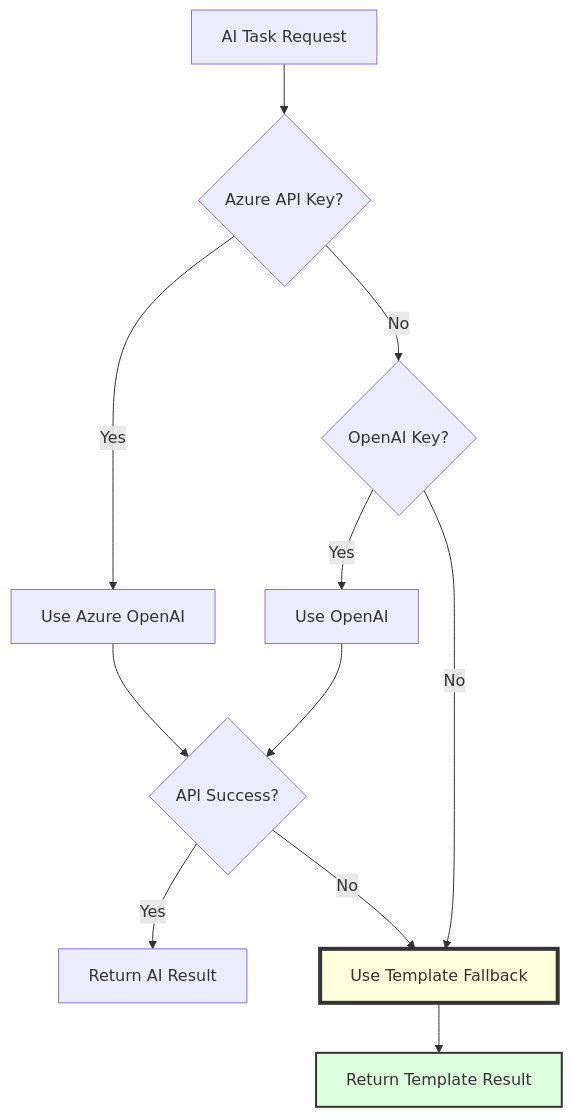
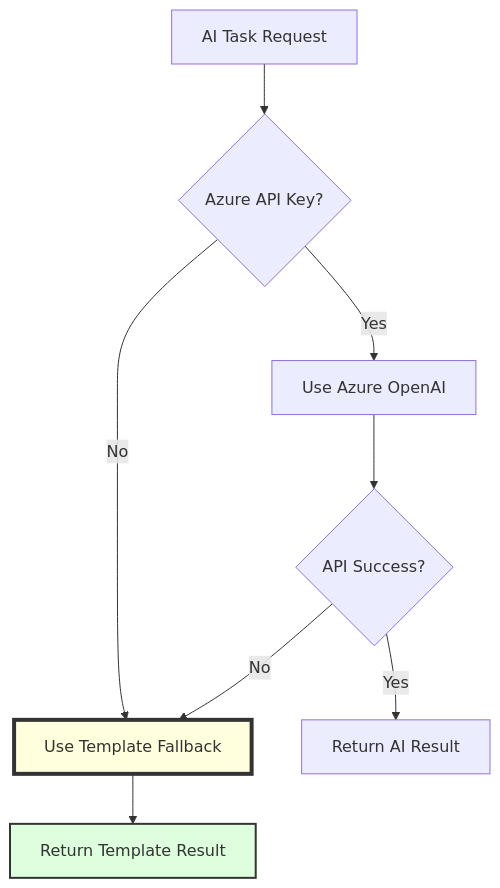
Before and after one commit to Azure/osdu-spi: the second of 2 diagrams in doc/src/architecture/ai_integration.md, drawn with Mermaid. The commit also changed other lines of this file and 3 other files, not shown here.

````diff
--- a/doc/src/architecture/ai_integration.md
+++ b/doc/src/architecture/ai_integration.md
@@ -148,18 +138,15 @@
 ```mermaid
 graph TD
     A[AI Task Request] --> B{Azure API Key?}
     B -->|Yes| C[Use Azure OpenAI]
-    B -->|No| D{OpenAI Key?}
-    D -->|Yes| E[Use OpenAI]
-    D -->|No| F[Use Template Fallback]
+    B -->|No| D[Use Template Fallback]
 
-    C --> G{API Success?}
-    E --> G
-    G -->|Yes| H[Return AI Result]
-    G -->|No| F
+    C --> E{API Success?}
+    E -->|Yes| F[Return AI Result]
+    E -->|No| D
 
-    F --> I[Return Template Result]
+    D --> G[Return Template Result]
 
-    style F fill:#ffd,stroke:#333,stroke-width:4px
-    style I fill:#dfd,stroke:#333,stroke-width:2px
+    style D fill:#ffd,stroke:#333,stroke-width:4px
+    style G fill:#dfd,stroke:#333,stroke-width:2px
 ```
````
